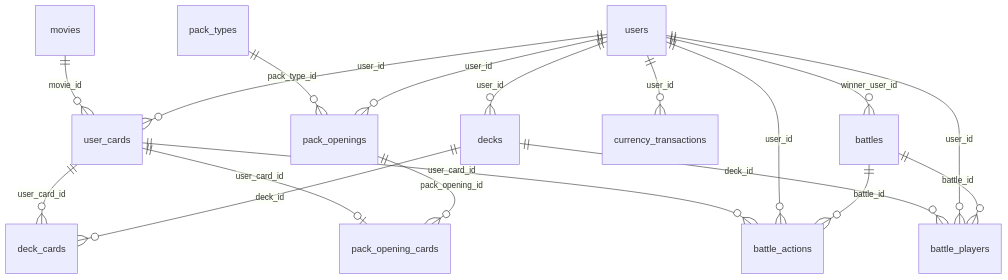
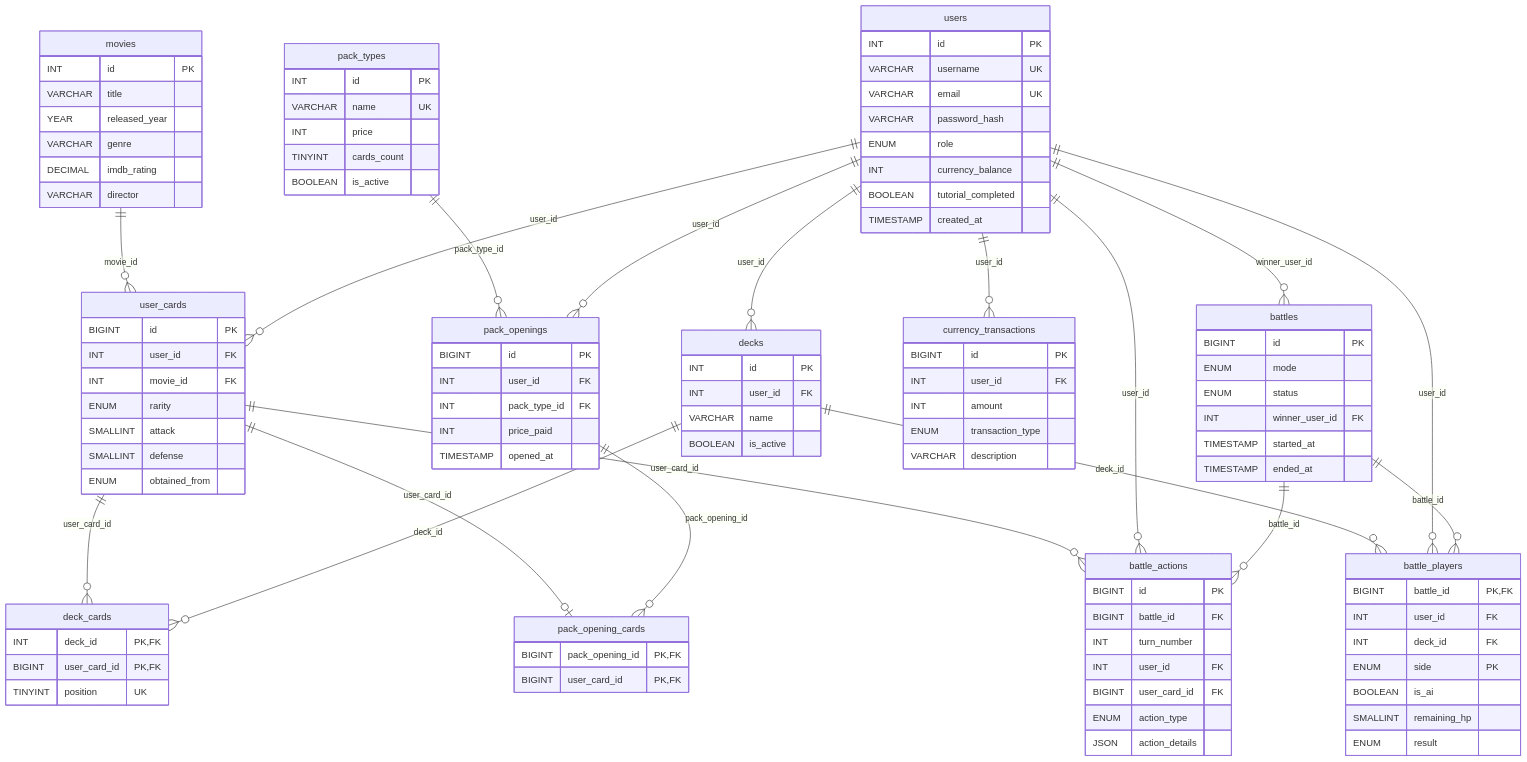
The second of 2 diagrams in database/MCD_MLD.md (Sidraxx/projet-fil-rouge), drawn with Mermaid before and after one commit.

Commit message:
docs: add visual MLD attributes

````diff
--- a/database/MCD_MLD.md
+++ b/database/MCD_MLD.md
@@ -120,4 +120,94 @@
     battles ||--o{ battle_actions : battle_id
     users ||--o{ battle_actions : user_id
     user_cards ||--o{ battle_actions : user_card_id
+
+    users {
+        INT id PK
+        VARCHAR username UK
+        VARCHAR email UK
+        VARCHAR password_hash
+        ENUM role
+        INT currency_balance
+        BOOLEAN tutorial_completed
+        TIMESTAMP created_at
+    }
+    movies {
+        INT id PK
+        VARCHAR title
+        YEAR released_year
+        VARCHAR genre
+        DECIMAL imdb_rating
+        VARCHAR director
+    }
+    user_cards {
+        BIGINT id PK
+        INT user_id FK
+        INT movie_id FK
+        ENUM rarity
+        SMALLINT attack
+        SMALLINT defense
+        ENUM obtained_from
+    }
+    decks {
+        INT id PK
+        INT user_id FK
+        VARCHAR name
+        BOOLEAN is_active
+    }
+    deck_cards {
+        INT deck_id PK, FK
+        BIGINT user_card_id PK, FK
+        TINYINT position UK
+    }
+    pack_types {
+        INT id PK
+        VARCHAR name UK
+        INT price
+        TINYINT cards_count
+        BOOLEAN is_active
+    }
+    pack_openings {
+        BIGINT id PK
+        INT user_id FK
+        INT pack_type_id FK
+        INT price_paid
+        TIMESTAMP opened_at
+    }
+    pack_opening_cards {
+        BIGINT pack_opening_id PK, FK
+        BIGINT user_card_id PK, FK
+    }
+    currency_transactions {
+        BIGINT id PK
+        INT user_id FK
+        INT amount
+        ENUM transaction_type
+        VARCHAR description
+    }
+    battles {
+        BIGINT id PK
+        ENUM mode
+        ENUM status
+        INT winner_user_id FK
+        TIMESTAMP started_at
+        TIMESTAMP ended_at
+    }
+    battle_players {
+        BIGINT battle_id PK, FK
+        INT user_id FK
+        INT deck_id FK
+        ENUM side PK
+        BOOLEAN is_ai
+        SMALLINT remaining_hp
+        ENUM result
+    }
+    battle_actions {
+        BIGINT id PK
+        BIGINT battle_id FK
+        INT turn_number
+        INT user_id FK
+        BIGINT user_card_id FK
+        ENUM action_type
+        JSON action_details
+    }
 ```
````
